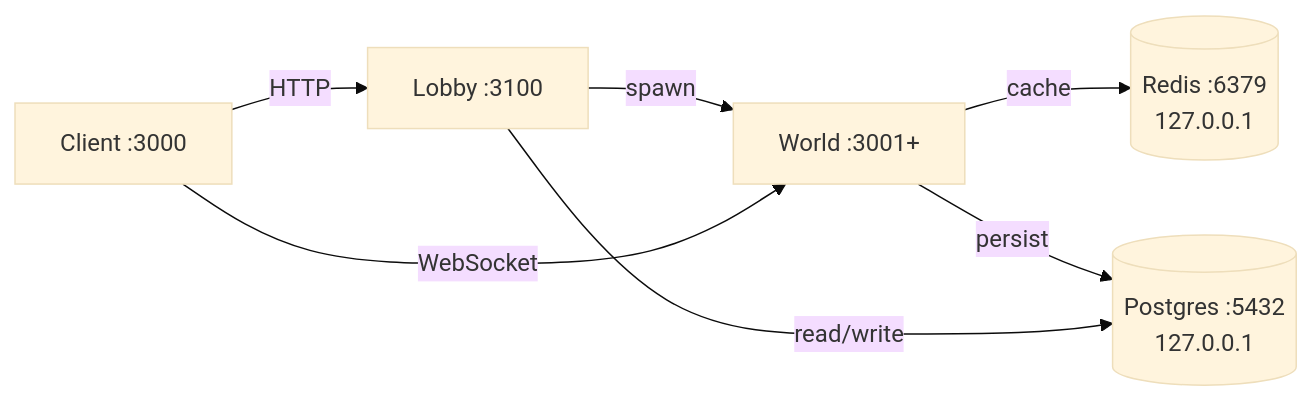
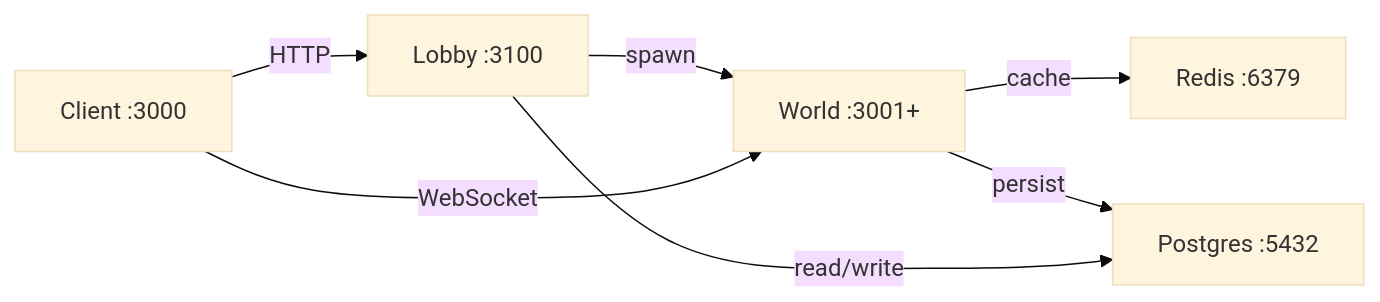
Before and after one commit to felixoki/waking: the first of 2 diagrams in README.md, drawn with Mermaid (base theme). The commit also changed other lines of this file and 15 other files, not shown here.

````diff
--- a/README.md
+++ b/README.md
@@ -60,15 +64,15 @@
 ```mermaid
 graph LR
   Client["Client :3000"]
   Lobby["Lobby :3100"]
   World["World :3001+"]
-  PG[("Postgres :5432<br/>127.0.0.1")]
-  RD[("Redis :6379<br/>127.0.0.1")]
+  PG["Postgres :5432"]
+  RD["Redis :6379"]
 
   Client -- HTTP --> Lobby
   Lobby -- spawn --> World
   Client -- WebSocket --> World
   World -- cache --> RD
   World -- persist --> PG
   Lobby -- read/write --> PG
 ```
````
